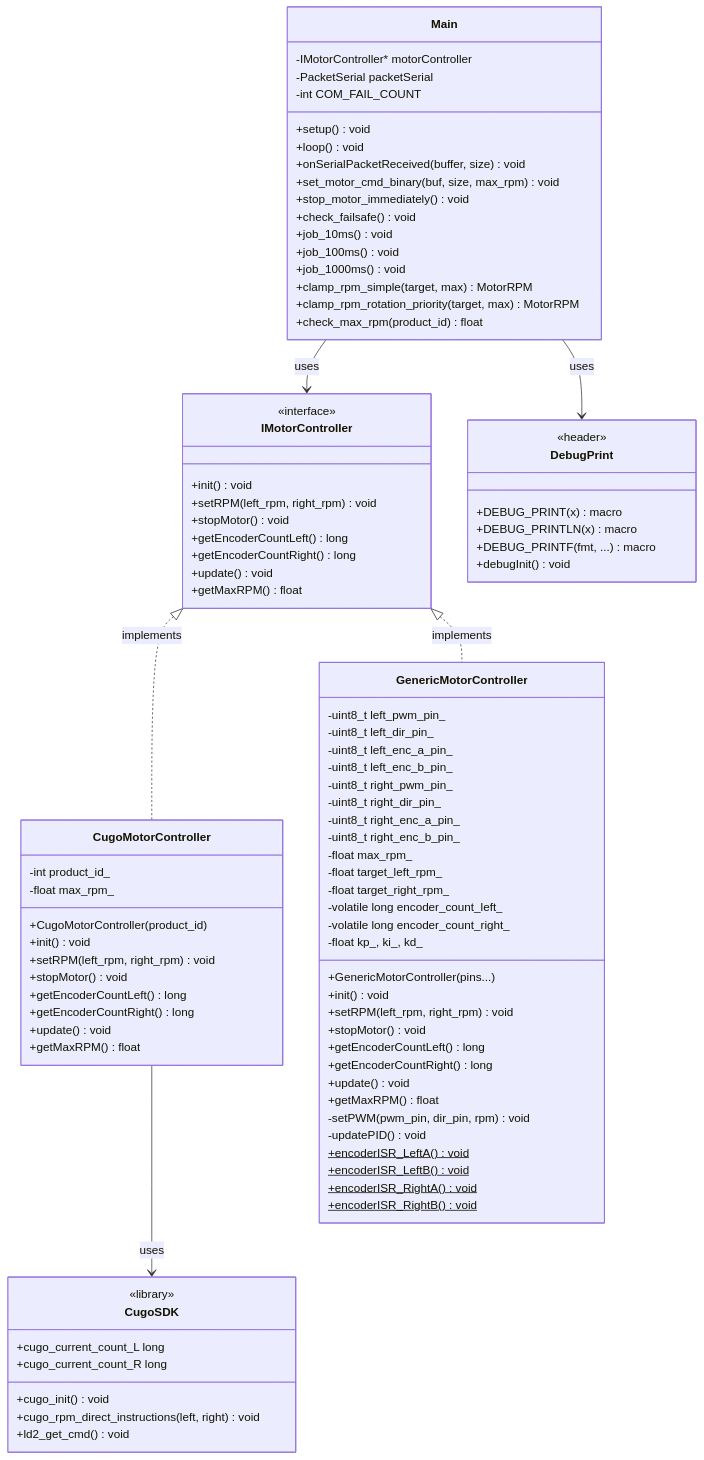
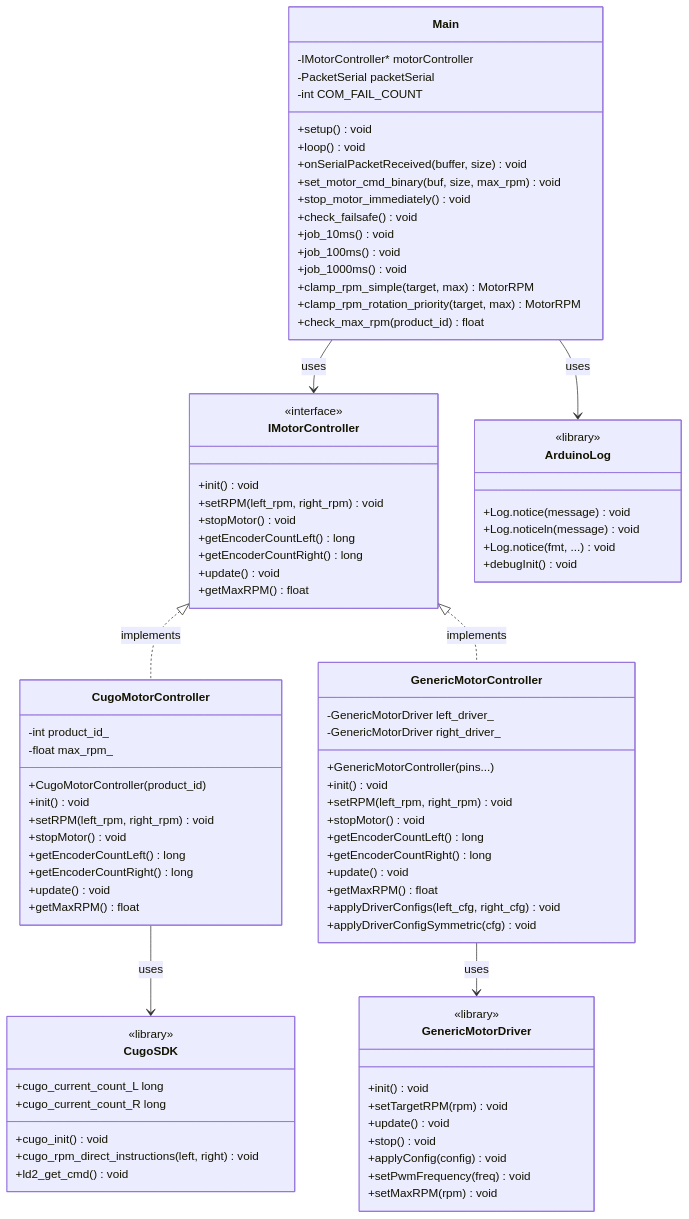
The first of 5 diagrams in docs/architecture.md (TomiXRM/cugo_ros2_motorcontroller2_PlatformIO), drawn with Mermaid before and after one commit. The commit also changed other lines of this file and 9 other files, not shown here.

````diff
--- a/docs/architecture.md
+++ b/docs/architecture.md
@@ -95,20 +95,8 @@
     }
 
     class GenericMotorController {
-        -uint8_t left_pwm_pin_
-        -uint8_t left_dir_pin_
-        -uint8_t left_enc_a_pin_
-        -uint8_t left_enc_b_pin_
-        -uint8_t right_pwm_pin_
-        -uint8_t right_dir_pin_
-        -uint8_t right_enc_a_pin_
-        -uint8_t right_enc_b_pin_
-        -float max_rpm_
-        -float target_left_rpm_
-        -float target_right_rpm_
-        -volatile long encoder_count_left_
-        -volatile long encoder_count_right_
-        -float kp_, ki_, kd_
+        -GenericMotorDriver left_driver_
+        -GenericMotorDriver right_driver_
         +GenericMotorController(pins...)
         +init() void
         +setRPM(left_rpm, right_rpm) void
@@ -117,12 +105,8 @@
         +getEncoderCountRight() long
         +update() void
         +getMaxRPM() float
-        -setPWM(pwm_pin, dir_pin, rpm) void
-        -updatePID() void
-        +encoderISR_LeftA()$ void
-        +encoderISR_LeftB()$ void
-        +encoderISR_RightA()$ void
-        +encoderISR_RightB()$ void
+        +applyDriverConfigs(left_cfg, right_cfg) void
+        +applyDriverConfigSymmetric(cfg) void
     }
 
     class CugoSDK {
@@ -134,12 +118,23 @@
         +cugo_current_count_R long
     }
 
-    class DebugPrint {
-        <<header>>
-        +DEBUG_PRINT(x) macro
-        +DEBUG_PRINTLN(x) macro
-        +DEBUG_PRINTF(fmt, ...) macro
+    class ArduinoLog {
+        <<library>>
+        +Log.notice(message) void
+        +Log.noticeln(message) void
+        +Log.notice(fmt, ...) void
         +debugInit() void
+    }
+
+    class GenericMotorDriver {
+        <<library>>
+        +init() void
+        +setTargetRPM(rpm) void
+        +update() void
+        +stop() void
+        +applyConfig(config) void
+        +setPwmFrequency(freq) void
+        +setMaxRPM(rpm) void
     }
 
     class Main {
@@ -164,5 +159,6 @@
     IMotorController <|.. GenericMotorController : implements
     CugoMotorController --> CugoSDK : uses
     Main --> IMotorController : uses
-    Main --> DebugPrint : uses
+    Main --> ArduinoLog : uses
+    GenericMotorController --> GenericMotorDriver : uses
 ```
````
